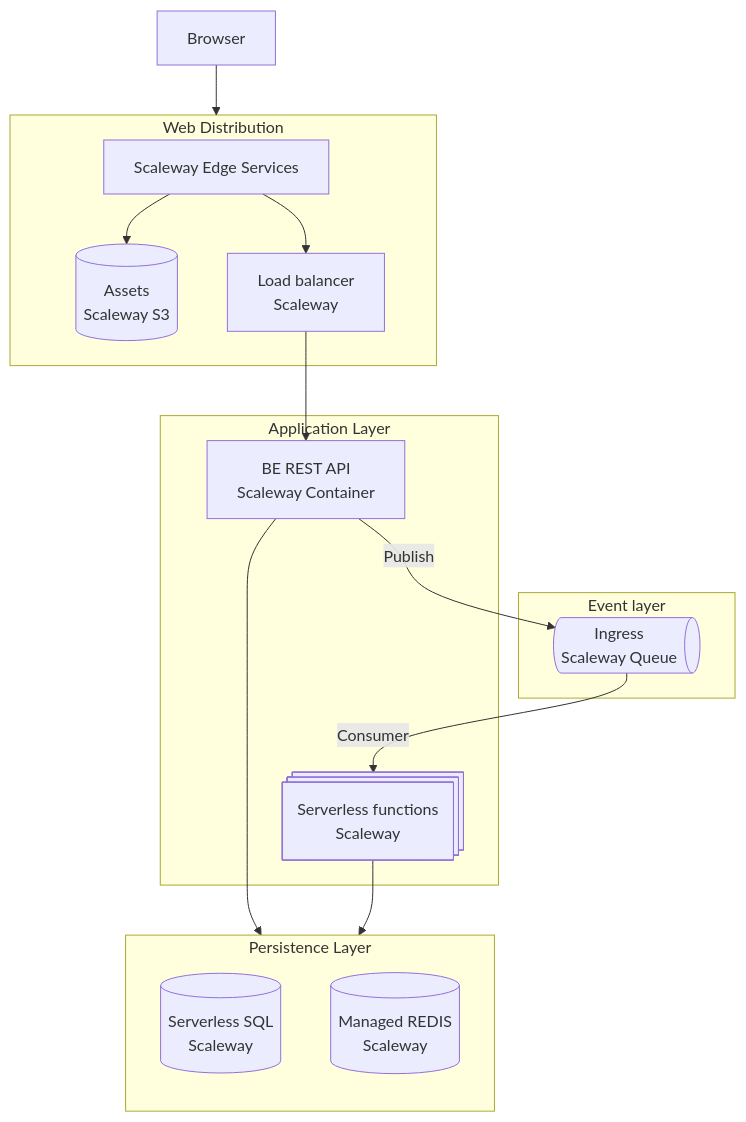
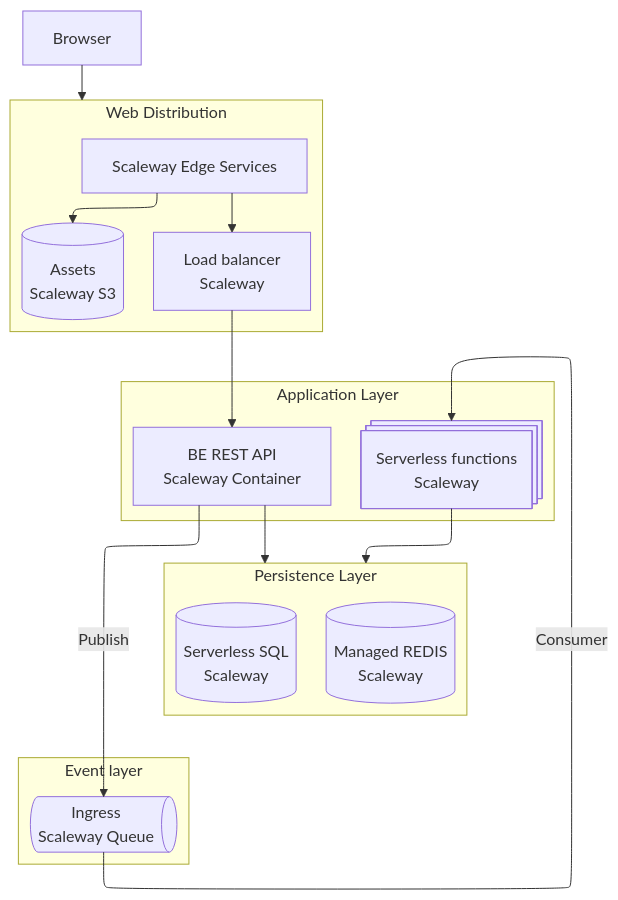
One commit to Locutus-code/scaleway-poc changed the diagram in README.md. Above: the diagram before and after it, drawn with Mermaid.

Commit message:
Change diagram layout

````diff
--- a/README.md
+++ b/README.md
@@ -7,46 +7,50 @@
 ```mermaid
+---
+config:
+    layout: elk
+---
 flowchart
 
     Browser --> WebDistribution
 
     subgraph WebDistribution["Web Distribution"]
         CDN["Scaleway Edge Services"] --> S3 & ApplicationGW
         S3@{shape: cyl, label: "Assets
         Scaleway S3 "}
         ApplicationGW["
         Load balancer
         Scaleway
         "]
     end
 
     ApplicationGW --> BEContainer
 
     subgraph ApplicationLayer["Application Layer"]
         
         BEContainer["
         BE REST API
         Scaleway Container
         "]
         Functions@{shape: procs, label: "Serverless functions
         Scaleway"}
     end
 
     subgraph EventsLayer["Event layer"]
         IngressQueue@{shape: das, label: "Ingress
         Scaleway Queue
         "}
     end
 
     BEContainer --Publish-->IngressQueue
     IngressQueue --Consumer--> Functions
 
     subgraph PersistenceLayer["Persistence Layer" ]
         direction TB
         SQL@{shape: cyl, label: "Serverless SQL
         Scaleway"}
         REDIS@{shape: cyl, label: "Managed REDIS
         Scaleway"}
     end
 
     BEContainer & Functions --> PersistenceLayer
 ```
````
